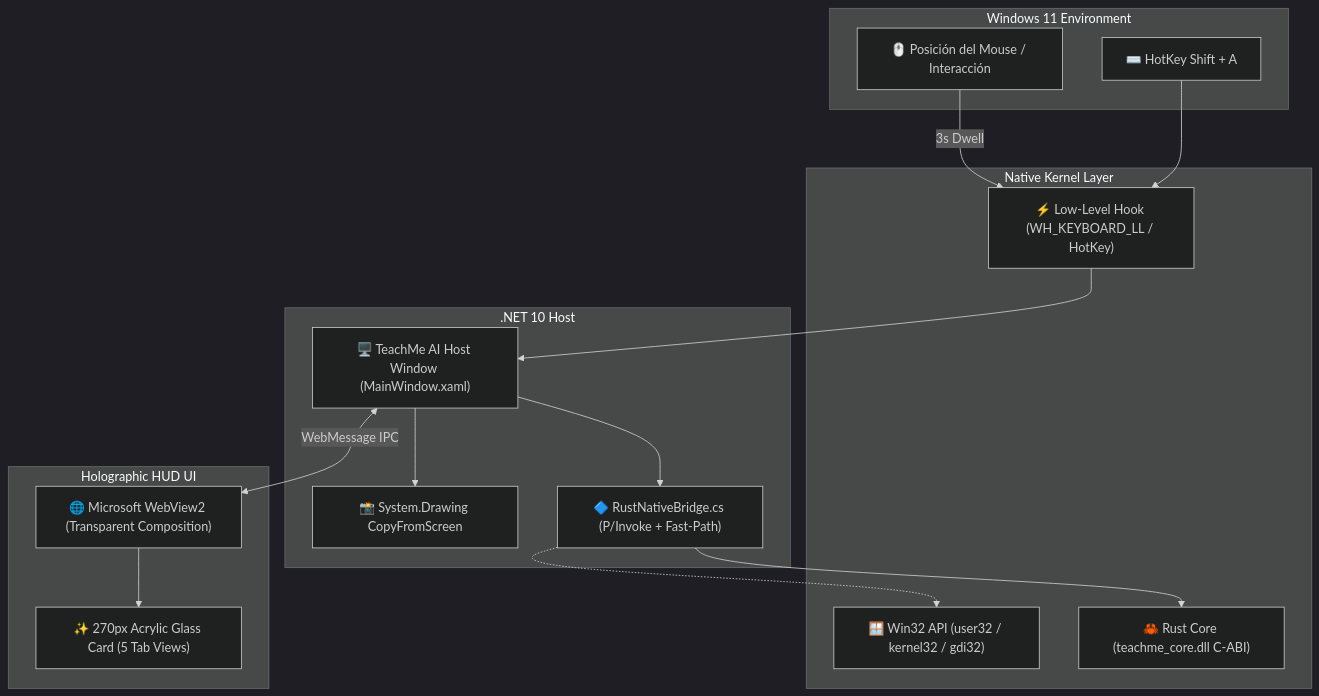
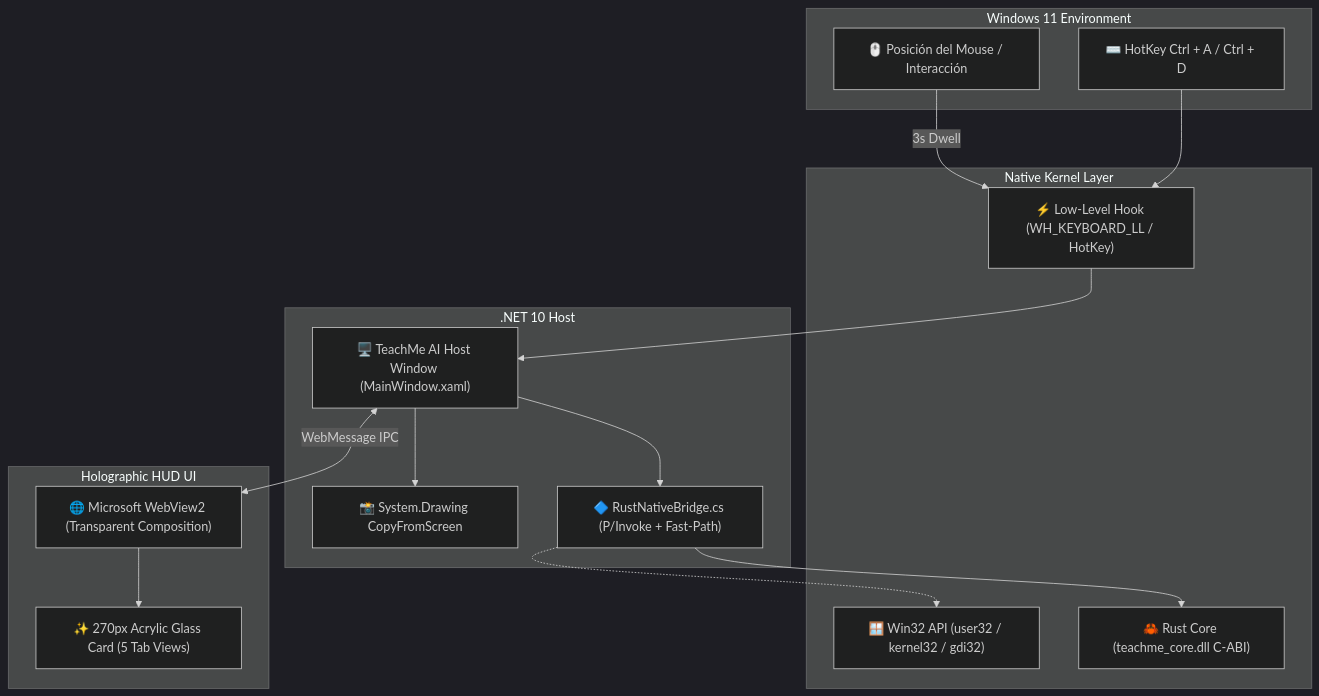
Before and after one commit to dixi3stdgdl-design/TeachMe-AI: the diagram in README.md, drawn with Mermaid (dark theme). The commit also changed other lines of this file and 24 other files, not shown here.

````diff
--- a/README.md
+++ b/README.md
@@ -39,34 +41,34 @@
 ```mermaid
 flowchart TD
     subgraph Windows 11 Environment
         Cursor[🖱️ Posición del Mouse / Interacción]
-        Kbd[⌨️ HotKey Shift + A]
+        Kbd[⌨️ HotKey Ctrl + A / Ctrl + D]
     end
 
     subgraph Native Kernel Layer
         Hook["⚡ Low-Level Hook (WH_KEYBOARD_LL / HotKey)"]
         RustLib["🦀 Rust Core (teachme_core.dll C-ABI)"]
         Win32API["🪟 Win32 API (user32 / kernel32 / gdi32)"]
     end
 
     subgraph .NET 10 Host
         Bridge["🔷 RustNativeBridge.cs (P/Invoke + Fast-Path)"]
         WPF["🖥️ TeachMe AI Host Window (MainWindow.xaml)"]
         ScreenCap["📸 System.Drawing CopyFromScreen"]
     end
 
     subgraph Holographic HUD UI
         WV2["🌐 Microsoft WebView2 (Transparent Composition)"]
         HUD["✨ 270px Acrylic Glass Card (5 Tab Views)"]
     end
 
     Cursor -->|3s Dwell| Hook
     Kbd --> Hook
     Hook --> WPF
     WPF --> Bridge
     Bridge --> RustLib
     Bridge -.-> Win32API
     WPF --> ScreenCap
     WPF <-->|WebMessage IPC| WV2
     WV2 --> HUD
 ```
````
